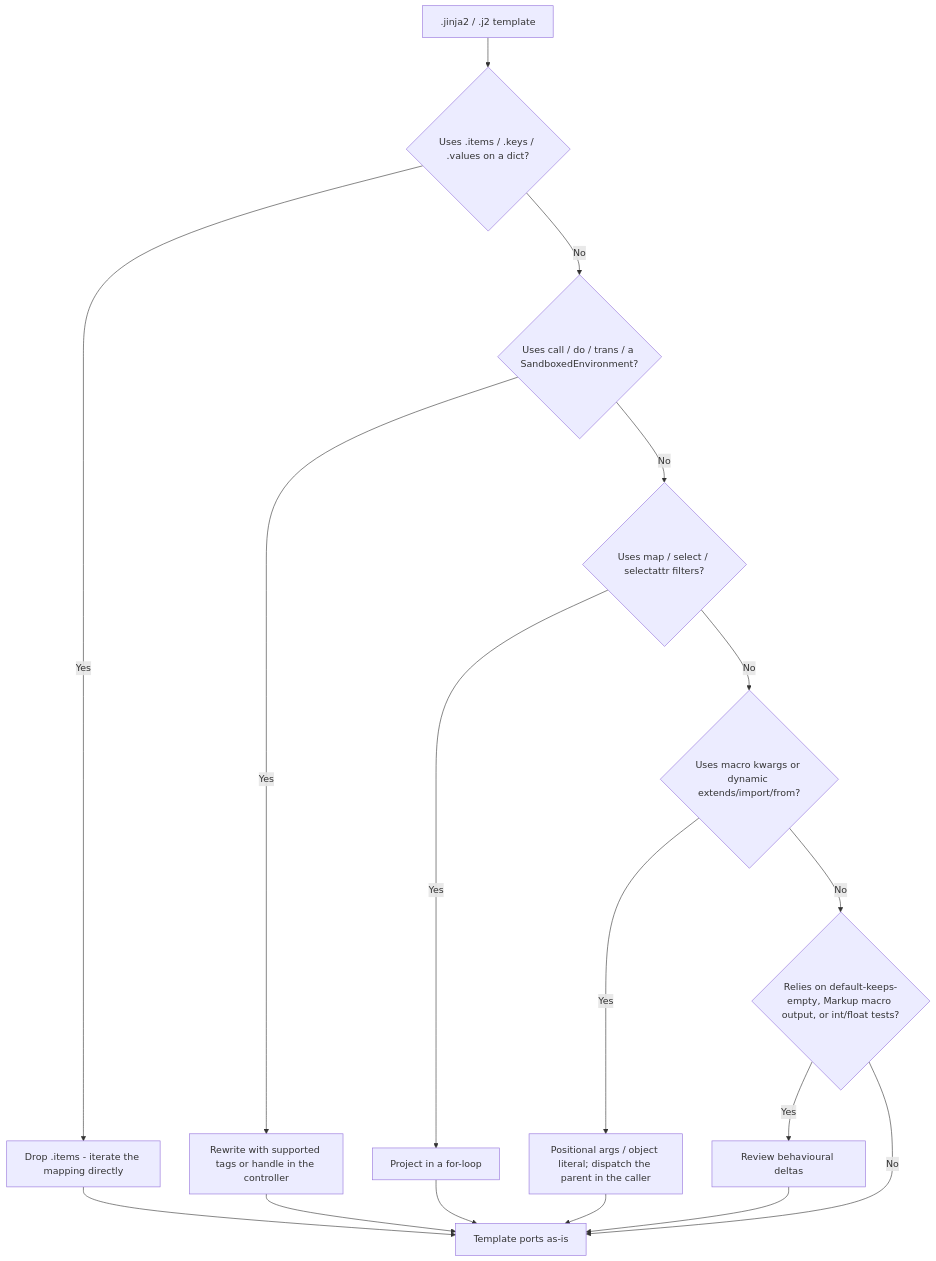
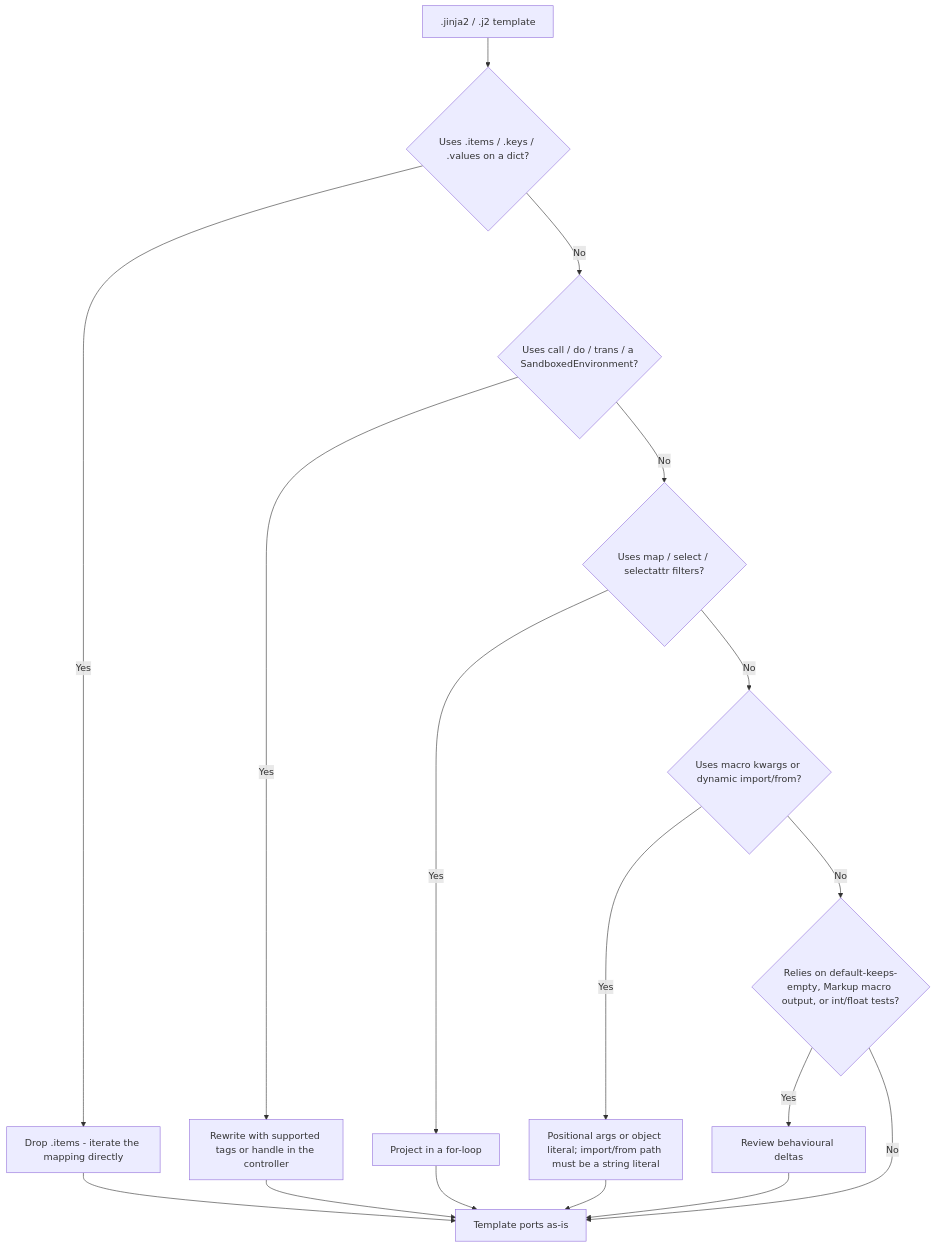
One commit to gina-io/docs changed the diagram in docs/templating/jinja2/migration.mdx. Above: the diagram before and after it, drawn with Mermaid. The commit also changed 7 other files, not shown here.

First line of the commit message:
Document dynamic extends async support across the templating flavors

````diff
--- a/docs/templating/jinja2/migration.mdx
+++ b/docs/templating/jinja2/migration.mdx
@@ -23,19 +23,19 @@
 ```mermaid
 flowchart TD
   A[.jinja2 / .j2 template] --> B{Uses .items / .keys / .values on a dict?}
   B -->|Yes| F[Drop .items - iterate the mapping directly]
   B -->|No| C{Uses call / do / trans / a SandboxedEnvironment?}
   C -->|Yes| G[Rewrite with supported tags or handle in the controller]
   C -->|No| D{Uses map / select / selectattr filters?}
   D -->|Yes| H[Project in a for-loop]
-  D -->|No| E{Uses macro kwargs or dynamic extends/import/from?}
-  E -->|Yes| I[Positional args / object literal; dispatch the parent in the caller]
+  D -->|No| E{Uses macro kwargs or dynamic import/from?}
+  E -->|Yes| I[Positional args or object literal; import/from path must be a string literal]
   E -->|No| J{Relies on default-keeps-empty, Markup macro output, or int/float tests?}
   J -->|Yes| K[Review behavioural deltas]
   J -->|No| OK[Template ports as-is]
   F --> OK
   G --> OK
   H --> OK
   I --> OK
   K --> OK
 ```
````
